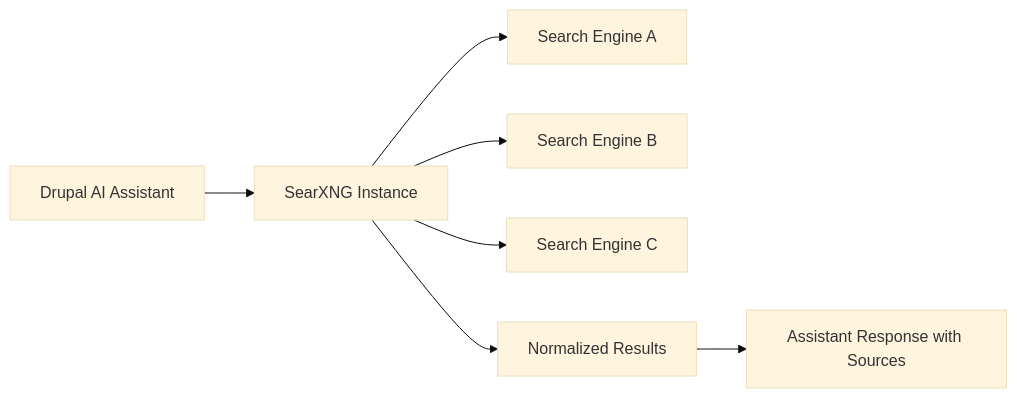
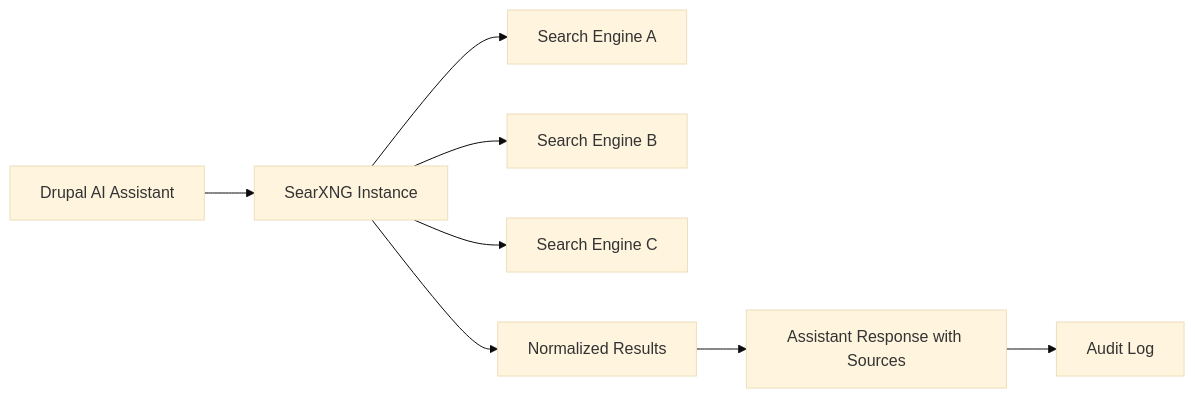
One commit to victorstack-ai/agent-blog changed the diagram in blog/2026-02-24-drupal-ai-searxng-privacy-first-search-playbook.md. Above: the diagram before and after it, drawn with Mermaid (base theme). The commit also changed other lines of this file and 117 other files, not shown here.

````diff
--- a/blog/2026-02-24-drupal-ai-searxng-privacy-first-search-playbook.md
+++ b/blog/2026-02-24-drupal-ai-searxng-privacy-first-search-playbook.md
@@ -39,9 +53,10 @@
 ```mermaid
 flowchart LR
-  A[Drupal AI Assistant] --> B[SearXNG Instance]
-  B --> C1[Search Engine A]
-  B --> C2[Search Engine B]
-  B --> C3[Search Engine C]
-  B --> D[Normalized Results]
-  D --> E[Assistant Response with Sources]
+    A[Drupal AI Assistant] --> B[SearXNG Instance]
+    B --> C1[Search Engine A]
+    B --> C2[Search Engine B]
+    B --> C3[Search Engine C]
+    B --> D[Normalized Results]
+    D --> E[Assistant Response with Sources]
+    E --> F[Audit Log]
 ```
````
